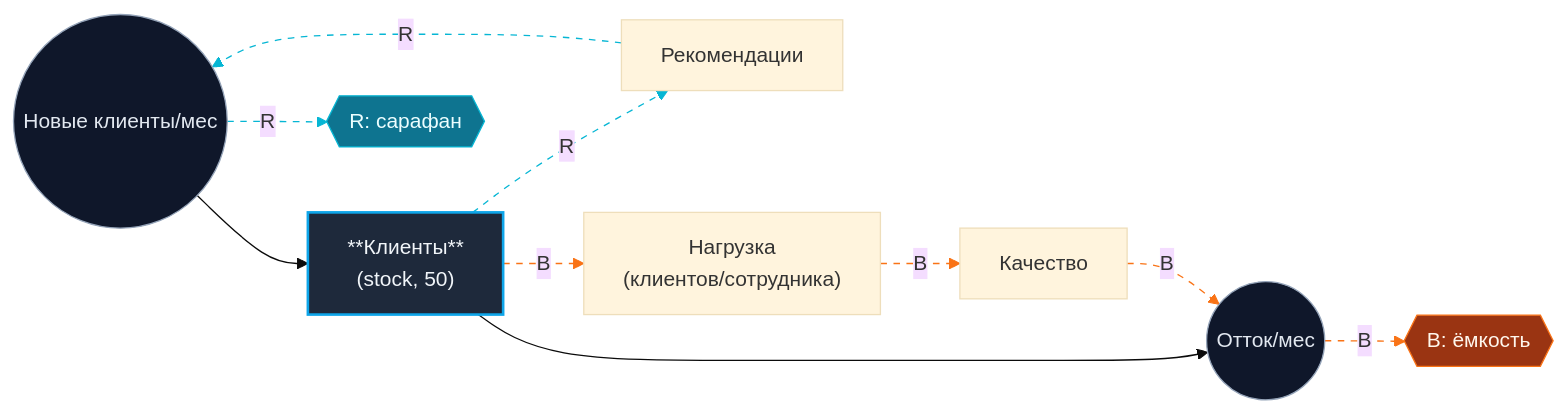
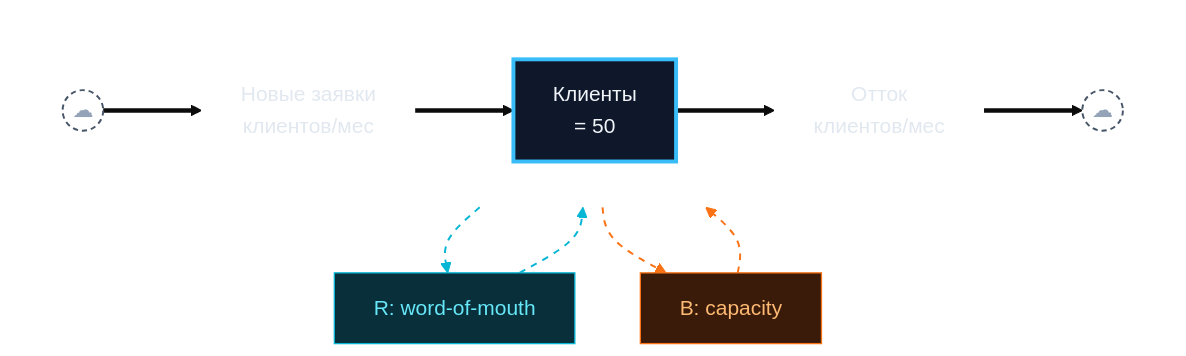
One commit to BayramAnnakov/systems-thinking-skills changed the diagram in skills/ai-systems-coach/MERMAID-CHEATSHEET.md. Above: the diagram before and after it, drawn with Mermaid (base theme). The commit also changed other lines of this file and 2 other files, not shown here.

First line of the commit message:
Translate skill to English, switch to interactive 3-phase flow, redesign Mermaid

````diff
--- a/skills/ai-systems-coach/MERMAID-CHEATSHEET.md
+++ b/skills/ai-systems-coach/MERMAID-CHEATSHEET.md
@@ -31,34 +46,37 @@
 ```mermaid
-graph LR
-  classDef stock fill:#1e293b,stroke:#0ea5e9,stroke-width:2px,color:#f1f5f9;
-  classDef flow fill:#0f172a,stroke:#94a3b8,stroke-width:1px,color:#e2e8f0;
-  classDef loopR fill:#0e7490,stroke:#06b6d4,color:#ecfeff;
-  classDef loopB fill:#9a3412,stroke:#f97316,color:#fff7ed;
+flowchart TB
+  classDef stock fill:#0f172a,stroke:#38bdf8,stroke-width:3px,color:#f1f5f9
+  classDef cloud fill:transparent,stroke:#475569,stroke-width:1.5px,stroke-dasharray:4 3,color:#94a3b8
+  classDef rate fill:transparent,stroke:transparent,color:#e2e8f0
+  classDef loopR fill:#082f3a,stroke:#06b6d4,stroke-width:1px,color:#67e8f9
+  classDef loopB fill:#3a1a08,stroke:#f97316,stroke-width:1px,color:#fdba74
 
-  Inflow(("Новые клиенты/мес")):::flow
-  Stock["**Клиенты**<br/>(stock, 50)"]:::stock
-  Outflow(("Отток/мес")):::flow
-  Refs["Рекомендации"]
-  Load["Нагрузка<br/>(клиентов/сотрудника)"]
-  Quality["Качество"]
-  R1{{"R: сарафан"}}:::loopR
-  B1{{"B: ёмкость"}}:::loopB
+  Rloop["R: word-of-mouth"]:::loopR
 
-  Inflow --> Stock
-  Stock --> Outflow
-  Stock -.->|R| Refs
-  Refs -.->|R| Inflow
-  Inflow -.->|R| R1
-  Stock -.->|B| Load
-  Load -.->|B| Quality
-  Quality -.->|B| Outflow
-  Outflow -.->|B| B1
+  subgraph pipe [" "]
+    direction LR
+    Src(("☁")):::cloud
+    In["Новые заявки<br/>клиентов/мес"]:::rate
+    S["Клиенты<br/>= 50"]:::stock
+    Out["Отток<br/>клиентов/мес"]:::rate
+    Snk(("☁")):::cloud
+    Src ==> In
+    In ==> S
+    S ==> Out
+    Out ==> Snk
+  end
 
-  linkStyle 2 stroke:#06b6d4,stroke-dasharray: 5 5
-  linkStyle 3 stroke:#06b6d4,stroke-dasharray: 5 5
-  linkStyle 4 stroke:#06b6d4,stroke-dasharray: 5 5
-  linkStyle 5 stroke:#f97316,stroke-dasharray: 5 5
-  linkStyle 6 stroke:#f97316,stroke-dasharray: 5 5
-  linkStyle 7 stroke:#f97316,stroke-dasharray: 5 5
-  linkStyle 8 stroke:#f97316,stroke-dasharray: 5 5
+  Bloop["B: capacity"]:::loopB
+
+  S -.-> Rloop
+  Rloop -.-> S
+  S -.-> Bloop
+  Bloop -.-> S
+
+  style pipe fill:transparent,stroke:transparent
+
+  linkStyle 4 stroke:#06b6d4,stroke-width:1.5px,stroke-dasharray:5 5
+  linkStyle 5 stroke:#06b6d4,stroke-width:1.5px,stroke-dasharray:5 5
+  linkStyle 6 stroke:#f97316,stroke-width:1.5px,stroke-dasharray:5 5
+  linkStyle 7 stroke:#f97316,stroke-width:1.5px,stroke-dasharray:5 5
 ```
````
